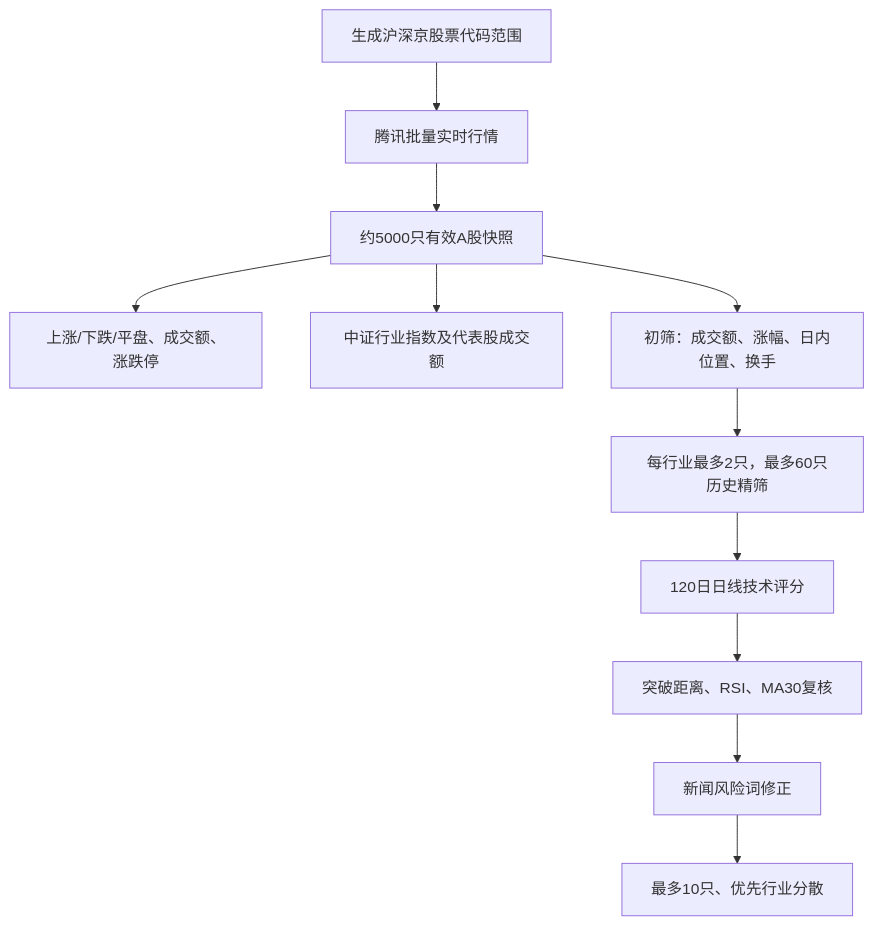
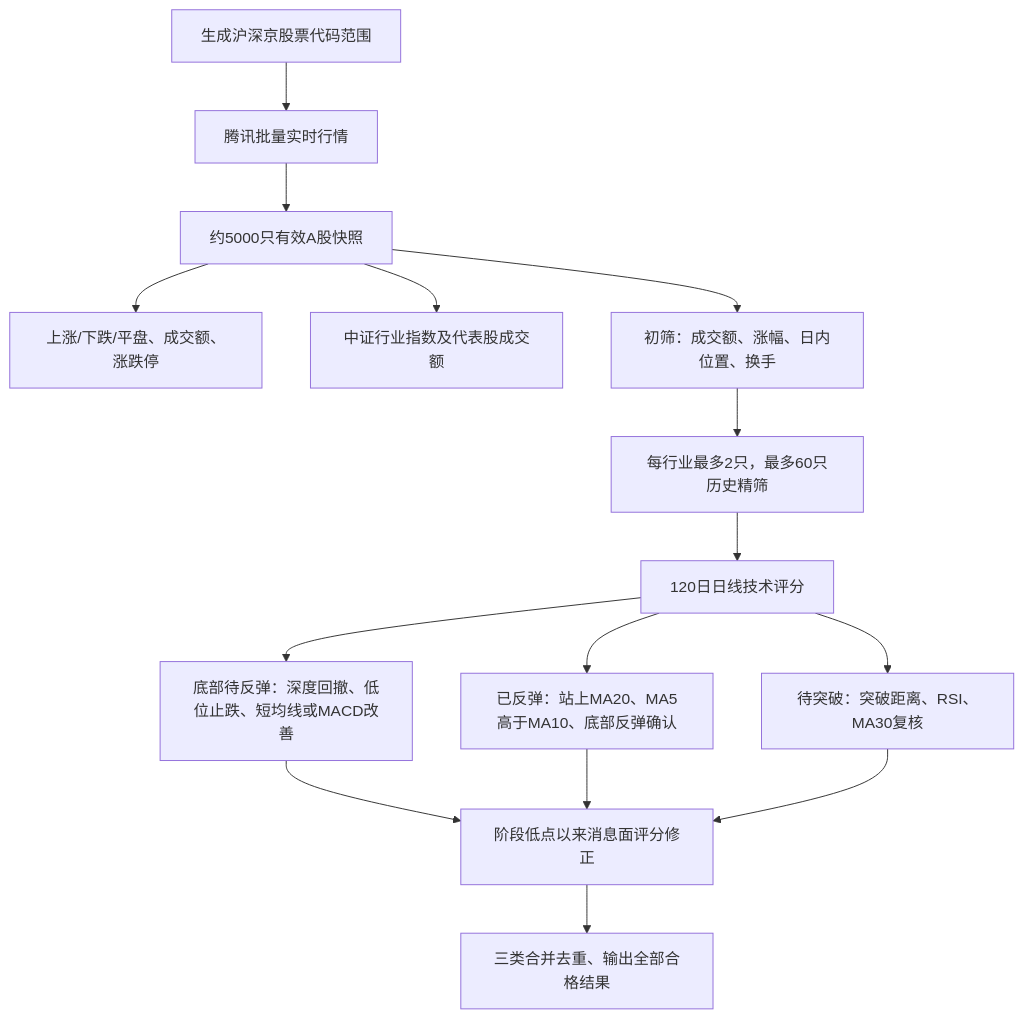
One commit to yutenys/ai-stock-assistant changed the third of 3 diagrams in docs/PROJECT_ARCHITECTURE.md. Above: the diagram before and after it, drawn with Mermaid. The commit also changed other lines of this file and 6 other files, not shown here.

````diff
--- a/docs/PROJECT_ARCHITECTURE.md
+++ b/docs/PROJECT_ARCHITECTURE.md
@@ -233,13 +238,17 @@
 ```mermaid
 flowchart TD
   A["生成沪深京股票代码范围"] --> B["腾讯批量实时行情"]
   B --> C["约5000只有效A股快照"]
   C --> D["上涨/下跌/平盘、成交额、涨跌停"]
   C --> E["中证行业指数及代表股成交额"]
   C --> F["初筛：成交额、涨幅、日内位置、换手"]
   F --> G["每行业最多2只，最多60只历史精筛"]
   G --> H["120日日线技术评分"]
-  H --> I["突破距离、RSI、MA30复核"]
-  I --> J["新闻风险词修正"]
-  J --> K["最多10只、优先行业分散"]
+  H --> I1["底部待反弹：深度回撤、低位止跌、短均线或MACD改善"]
+  H --> I2["已反弹：站上MA20、MA5高于MA10、底部反弹确认"]
+  H --> I3["待突破：突破距离、RSI、MA30复核"]
+  I1 --> J["阶段低点以来消息面评分修正"]
+  I2 --> J
+  I3 --> J
+  J --> K["三类合并去重、输出全部合格结果"]
 ```
````
